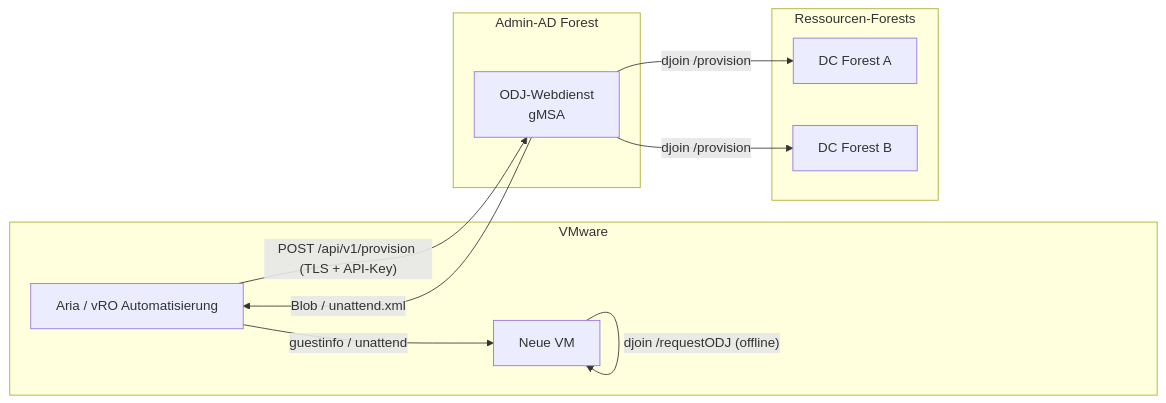
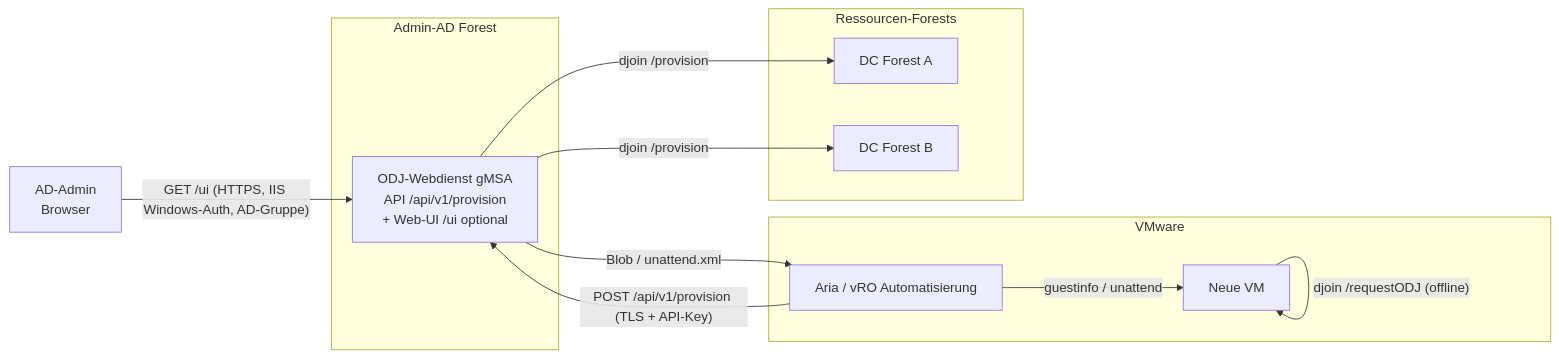
One commit to BetaHydri/CrossForestOfflineJoin changed the diagram in README.md. Above: the diagram before and after it, drawn with Mermaid. The commit also changed other lines of this file and 1 other file, not shown here.

First line of the commit message:
docs: dynamic release badge + reflect installer and web UI in READMEs

````diff
--- a/README.md
+++ b/README.md
@@ -41,21 +49,23 @@
 ```mermaid
 flowchart LR
+    ADM[AD-Admin<br/>Browser]
     subgraph VMware
         A[Aria / vRO Automatisierung]
         VM[Neue VM]
     end
     subgraph AdminAD[Admin-AD Forest]
-        SVC[ODJ-Webdienst<br/>gMSA]
+        SVC[ODJ-Webdienst gMSA<br/>API /api/v1/provision<br/>+ Web-UI /ui optional]
     end
     subgraph ResForests[Ressourcen-Forests]
         DCA[DC Forest A]
         DCB[DC Forest B]
     end
 
     A -- POST /api/v1/provision (TLS + API-Key) --> SVC
+    ADM -- GET /ui (HTTPS, IIS Windows-Auth, AD-Gruppe) --> SVC
     SVC -- djoin /provision --> DCA
     SVC -- djoin /provision --> DCB
     SVC -- Blob / unattend.xml --> A
     A -- guestinfo / unattend --> VM
     VM -- djoin /requestODJ (offline) --> VM
 ```
````
